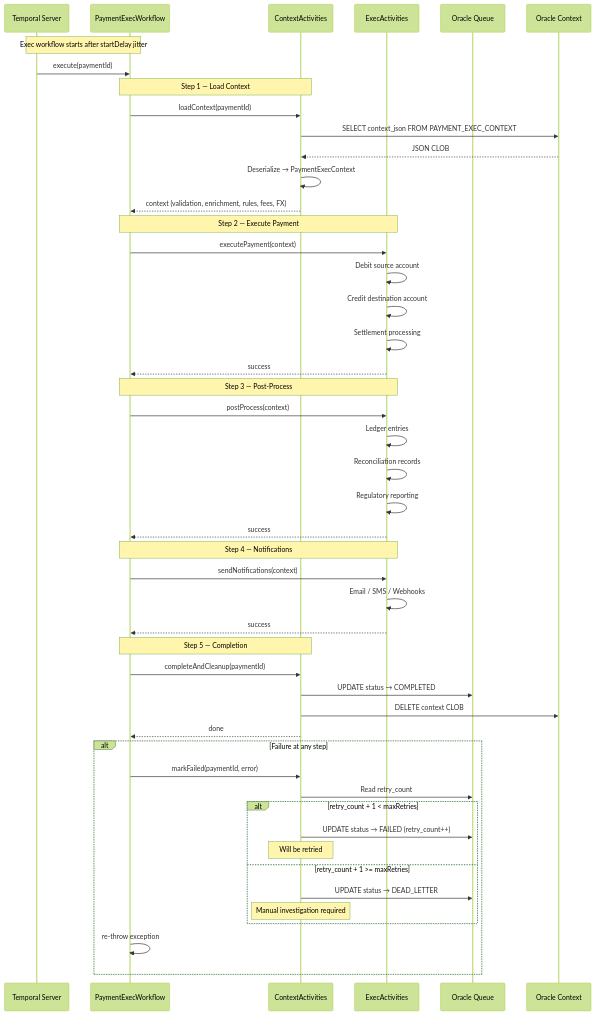
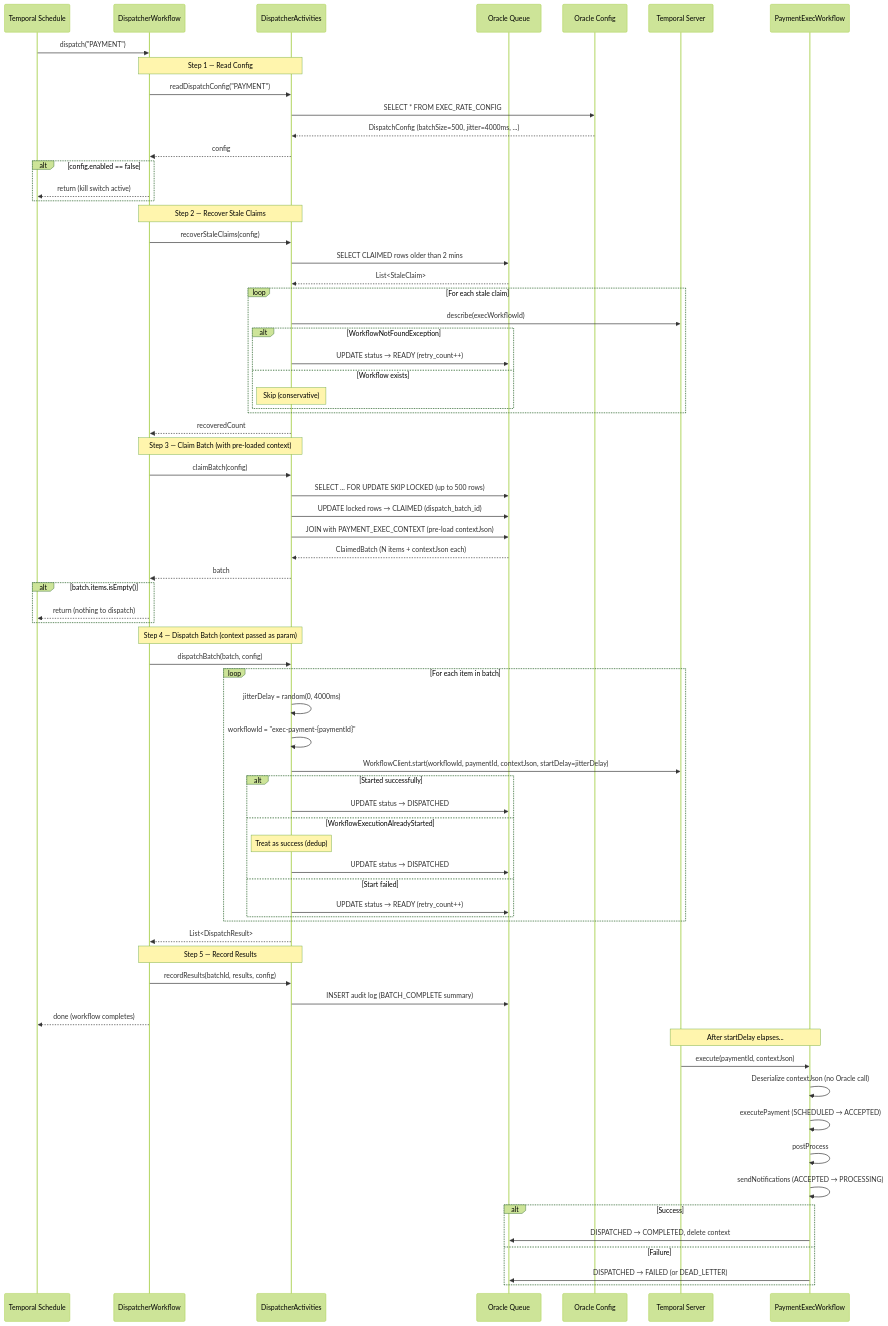
The third of 13 diagrams in README.md (arunav-bhattacharya/payment-dispatch), drawn with Mermaid (forest theme) before and after one commit. The commit also changed other lines of this file and 729 other files, not shown here.

````diff
--- a/README.md
+++ b/README.md
@@ -158,58 +189,83 @@
 ```mermaid
 sequenceDiagram
+    participant S as Temporal Schedule
+    participant DW as DispatcherWorkflow
+    participant DA as DispatcherActivities
+    participant OQ as Oracle Queue
+    participant OC as Oracle Config
     participant T as Temporal Server
     participant EW as PaymentExecWorkflow
-    participant CA as ContextActivities
-    participant EA as ExecActivities
-    participant OQ as Oracle Queue
-    participant OC as Oracle Context
 
-    Note over T,EW: Exec workflow starts after startDelay jitter
+    S->>DW: dispatch("PAYMENT")
 
-    T->>EW: execute(paymentId)
+    Note over DW,DA: Step 1 — Read Config
+    DW->>DA: readDispatchConfig("PAYMENT")
+    DA->>OC: SELECT * FROM EXEC_RATE_CONFIG
+    OC-->>DA: DispatchConfig (batchSize=500, jitter=4000ms, ...)
+    DA-->>DW: config
 
-    Note over EW,CA: Step 1 — Load Context
-    EW->>CA: loadContext(paymentId)
-    CA->>OC: SELECT context_json FROM PAYMENT_EXEC_CONTEXT
-    OC-->>CA: JSON CLOB
-    CA->>CA: Deserialize → PaymentExecContext
-    CA-->>EW: context (validation, enrichment, rules, fees, FX)
+    alt config.enabled == false
+        DW-->>S: return (kill switch active)
+    end
 
-    Note over EW,EA: Step 2 — Execute Payment
-    EW->>EA: executePayment(context)
-    EA->>EA: Debit source account
-    EA->>EA: Credit destination account
-    EA->>EA: Settlement processing
-    EA-->>EW: success
+    Note over DW,DA: Step 2 — Recover Stale Claims
+    DW->>DA: recoverStaleClaims(config)
+    DA->>OQ: SELECT CLAIMED rows older than 2 mins
+    OQ-->>DA: List<StaleClaim>
+    loop For each stale claim
+        DA->>T: describe(execWorkflowId)
+        alt WorkflowNotFoundException
+            DA->>OQ: UPDATE status → READY (retry_count++)
+        else Workflow exists
+            Note over DA: Skip (conservative)
+        end
+    end
+    DA-->>DW: recoveredCount
 
-    Note over EW,EA: Step 3 — Post-Process
-    EW->>EA: postProcess(context)
-    EA->>EA: Ledger entries
-    EA->>EA: Reconciliation records
-    EA->>EA: Regulatory reporting
-    EA-->>EW: success
+    Note over DW,DA: Step 3 — Claim Batch (with pre-loaded context)
+    DW->>DA: claimBatch(config)
+    DA->>OQ: SELECT ... FOR UPDATE SKIP LOCKED (up to 500 rows)
+    DA->>OQ: UPDATE locked rows → CLAIMED (dispatch_batch_id)
+    DA->>OQ: JOIN with PAYMENT_EXEC_CONTEXT (pre-load contextJson)
+    OQ-->>DA: ClaimedBatch (N items + contextJson each)
+    DA-->>DW: batch
 
-    Note over EW,EA: Step 4 — Notifications
-    EW->>EA: sendNotifications(context)
-    EA->>EA: Email / SMS / Webhooks
-    EA-->>EW: success
+    alt batch.items.isEmpty()
+        DW-->>S: return (nothing to dispatch)
+    end
 
-    Note over EW,CA: Step 5 — Completion
-    EW->>CA: completeAndCleanup(paymentId)
-    CA->>OQ: UPDATE status → COMPLETED
-    CA->>OC: DELETE context CLOB
-    CA-->>EW: done
+    Note over DW,DA: Step 4 — Dispatch Batch (context passed as param)
+    DW->>DA: dispatchBatch(batch, config)
+    loop For each item in batch
+        DA->>DA: jitterDelay = random(0, 4000ms)
+        DA->>DA: workflowId = "exec-payment-{paymentId}"
+        DA->>T: WorkflowClient.start(workflowId, paymentId, contextJson, startDelay=jitterDelay)
+        alt Started successfully
+            DA->>OQ: UPDATE status → DISPATCHED
+        else WorkflowExecutionAlreadyStarted
+            Note over DA: Treat as success (dedup)
+            DA->>OQ: UPDATE status → DISPATCHED
+        else Start failed
+            DA->>OQ: UPDATE status → READY (retry_count++)
+        end
+    end
+    DA-->>DW: List<DispatchResult>
 
-    alt Failure at any step
-        EW->>CA: markFailed(paymentId, error)
-        CA->>OQ: Read retry_count
-        alt retry_count + 1 < maxRetries
-            CA->>OQ: UPDATE status → FAILED (retry_count++)
-            Note over CA: Will be retried
-        else retry_count + 1 >= maxRetries
-            CA->>OQ: UPDATE status → DEAD_LETTER
-            Note over CA: Manual investigation required
-        end
-        EW->>EW: re-throw exception
+    Note over DW,DA: Step 5 — Record Results
+    DW->>DA: recordResults(batchId, results, config)
+    DA->>OQ: INSERT audit log (BATCH_COMPLETE summary)
+
+    DW-->>S: done (workflow completes)
+
+    Note over T,EW: After startDelay elapses...
+    T->>EW: execute(paymentId, contextJson)
+    EW->>EW: Deserialize contextJson (no Oracle call)
+    EW->>EW: executePayment (SCHEDULED → ACCEPTED)
+    EW->>EW: postProcess
+    EW->>EW: sendNotifications (ACCEPTED → PROCESSING)
+    alt Success
+        EW->>OQ: DISPATCHED → COMPLETED, delete context
+    else Failure
+        EW->>OQ: DISPATCHED → FAILED (or DEAD_LETTER)
     end
 ```
````
